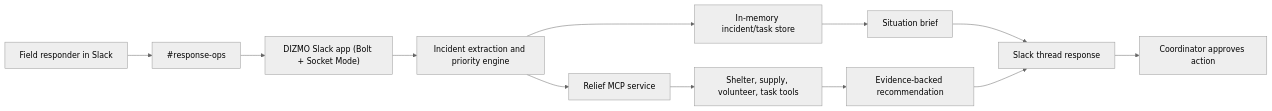
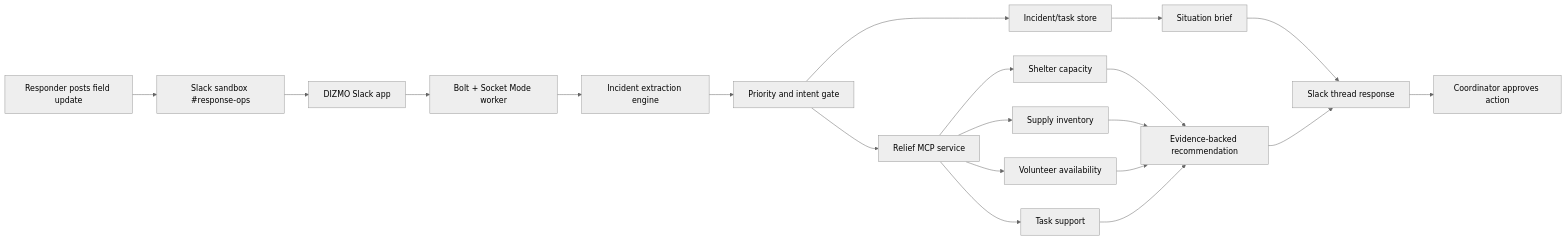
One commit to Rex123-hash/DIZMO changed the diagram in README.md. Above: the diagram before and after it, drawn with Mermaid (neutral theme). The commit also changed other lines of this file, not shown here.

````diff
--- a/README.md
+++ b/README.md
@@ -92,14 +110,22 @@
 ```mermaid
 flowchart LR
-  A["Field responder in Slack"] --> B["#response-ops"]
-  B --> C["DIZMO Slack app (Bolt + Socket Mode)"]
-  C --> D["Incident extraction and priority engine"]
-  D --> E["In-memory incident/task store"]
-  D --> F["Relief MCP service"]
-  F --> G["Shelter, supply, volunteer, task tools"]
-  E --> H["Situation brief"]
-  G --> I["Evidence-backed recommendation"]
-  H --> J["Slack thread response"]
-  I --> J
-  J --> K["Coordinator approves action"]
+  A["Responder posts field update"] --> B["Slack sandbox #response-ops"]
+  B --> C["DIZMO Slack app"]
+  C --> D["Bolt + Socket Mode worker"]
+  D --> E["Incident extraction engine"]
+  E --> F["Priority and intent gate"]
+  F --> G["Incident/task store"]
+  F --> H["Relief MCP service"]
+  H --> I["Shelter capacity"]
+  H --> J["Supply inventory"]
+  H --> K["Volunteer availability"]
+  H --> L["Task support"]
+  G --> M["Situation brief"]
+  I --> N["Evidence-backed recommendation"]
+  J --> N
+  K --> N
+  L --> N
+  M --> O["Slack thread response"]
+  N --> O
+  O --> P["Coordinator approves action"]
 ```
````
